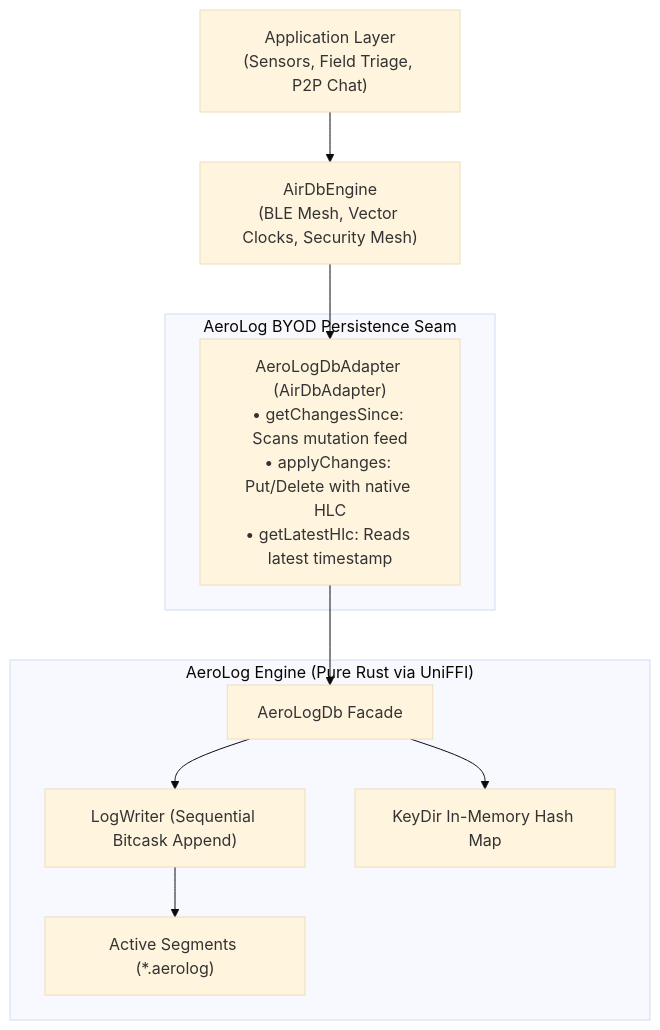
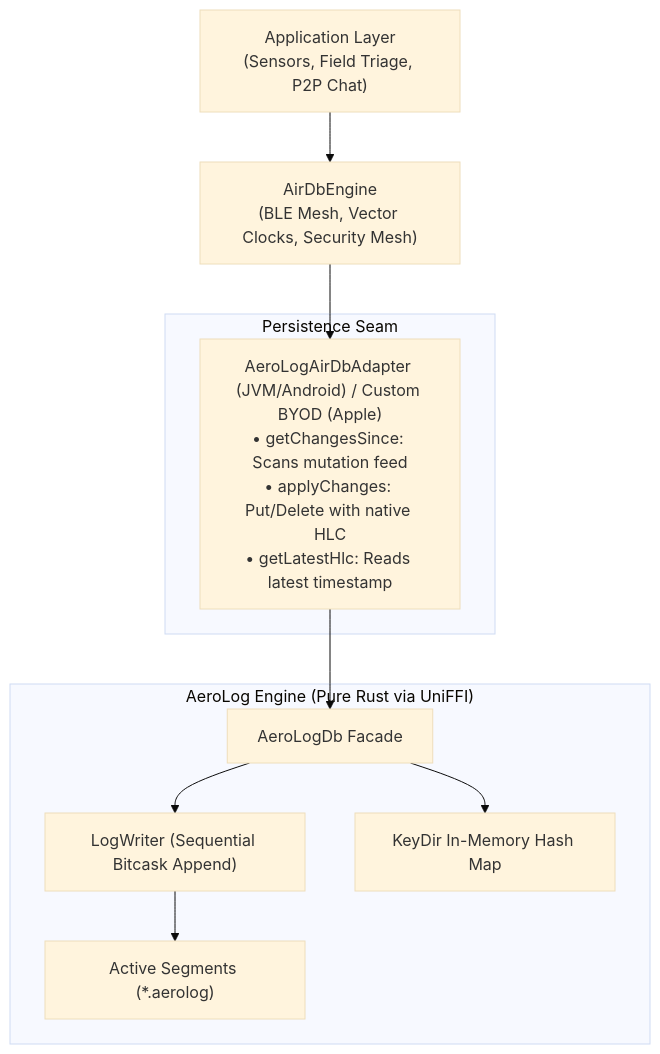
Before and after one commit to untacorp/airdb: the diagram in docs/manual/persistence/aerolog.md, drawn with Mermaid (base theme). The commit also changed other lines of this file, not shown here.

Commit message:
docs(persistence): align aerolog manual with byod architecture and invariant 6

````diff
--- a/docs/manual/persistence/aerolog.md
+++ b/docs/manual/persistence/aerolog.md
@@ -11,23 +11,23 @@
 ```mermaid
 flowchart TD
     App["Application Layer<br/>(Sensors, Field Triage, P2P Chat)"]
     AirDB["AirDbEngine<br/>(BLE Mesh, Vector Clocks, Security Mesh)"]
 
-    subgraph AeroLogAdapter ["AeroLog BYOD Persistence Seam"]
-        Adapter["AeroLogDbAdapter (AirDbAdapter)<br/>• getChangesSince: Scans mutation feed<br/>• applyChanges: Put/Delete with native HLC<br/>• getLatestHlc: Reads latest timestamp"]
+    subgraph AeroLogAdapter ["Persistence Seam"]
+        Adapter["AeroLogAirDbAdapter (JVM/Android) / Custom BYOD (Apple)<br/>• getChangesSince: Scans mutation feed<br/>• applyChanges: Put/Delete with native HLC<br/>• getLatestHlc: Reads latest timestamp"]
     end
 
     subgraph AeroLogCore ["AeroLog Engine (Pure Rust via UniFFI)"]
         Db["AeroLogDb Facade"]
         Writer["LogWriter (Sequential Bitcask Append)"]
         Index["KeyDir In-Memory Hash Map"]
         Disk["Active Segments (*.aerolog)"]
         Db --> Writer
         Db --> Index
         Writer --> Disk
     end
 
     App --> AirDB
     AirDB --> Adapter
     Adapter --> Db
 ```
````
